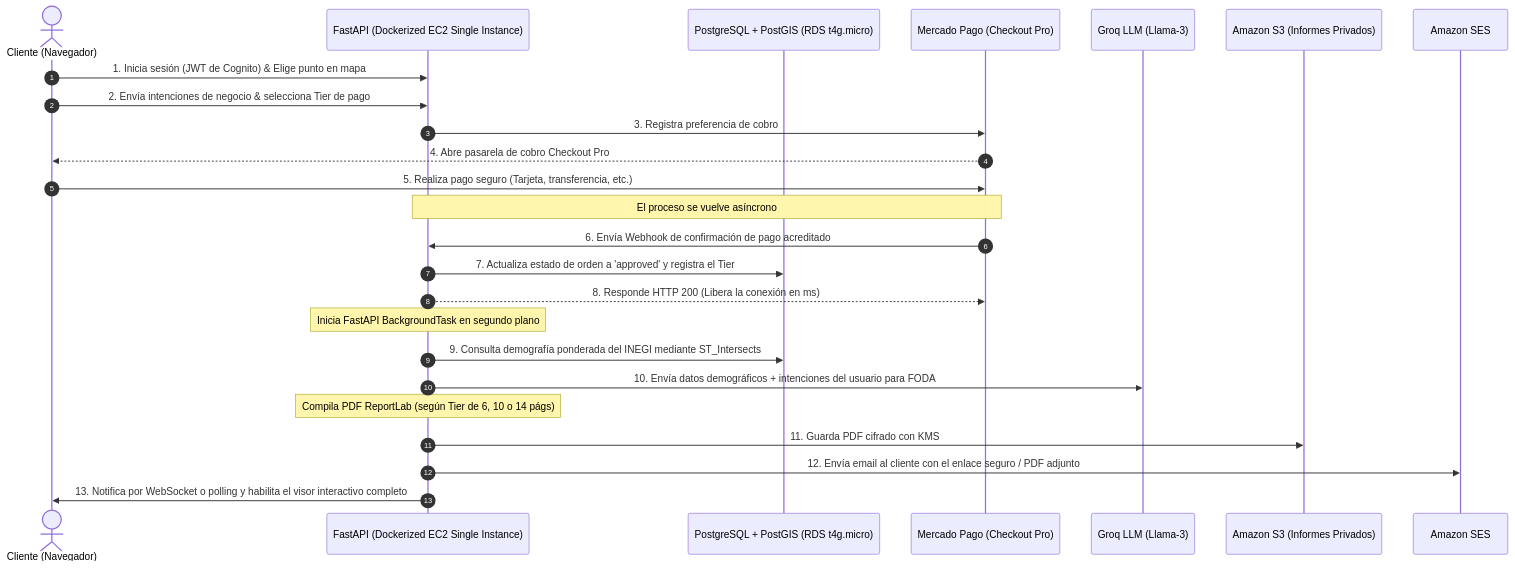
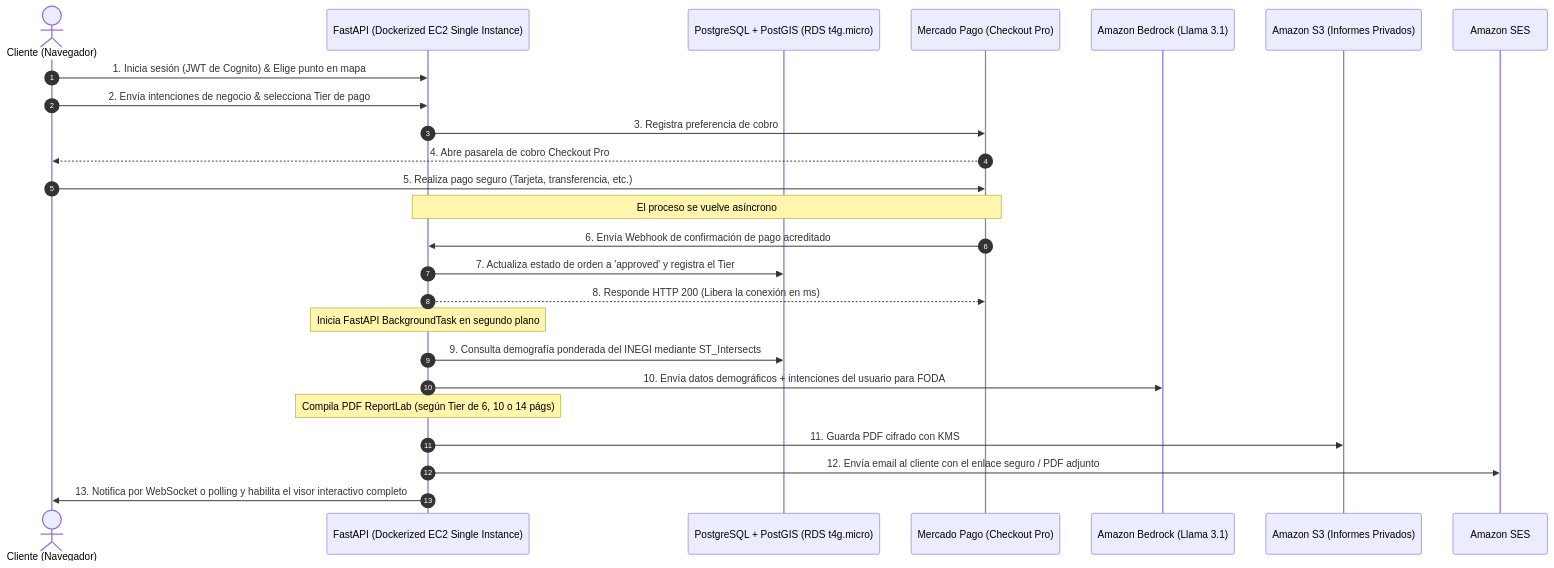
Before and after one commit to EmmanuelRR-data-science/viabilidad-negocios: the diagram in .kiro/specs/viabilidad-comercial/rfc-viabilidad-comercial.md, drawn with Mermaid. The commit also changed other lines of this file and 35 other files, not shown here.

````diff
--- a/.kiro/specs/viabilidad-comercial/rfc-viabilidad-comercial.md
+++ b/.kiro/specs/viabilidad-comercial/rfc-viabilidad-comercial.md
@@ -160,28 +161,28 @@
 ```mermaid
 sequenceDiagram
     autonumber
     actor Cliente as Cliente (Navegador)
     participant API as FastAPI (Dockerized EC2 Single Instance)
     participant DB as PostgreSQL + PostGIS (RDS t4g.micro)
     participant MP as Mercado Pago (Checkout Pro)
-    participant LLM as Groq LLM (Llama-3)
+    participant LLM as Amazon Bedrock (Llama 3.1)
     participant S3 as Amazon S3 (Informes Privados)
     participant SES as Amazon SES
 
     Cliente->>API: 1. Inicia sesión (JWT de Cognito) & Elige punto en mapa
     Cliente->>API: 2. Envía intenciones de negocio & selecciona Tier de pago
     API->>MP: 3. Registra preferencia de cobro
     MP-->>Cliente: 4. Abre pasarela de cobro Checkout Pro
     Cliente->>MP: 5. Realiza pago seguro (Tarjeta, transferencia, etc.)
     Note over MP, API: El proceso se vuelve asíncrono
     MP->>API: 6. Envía Webhook de confirmación de pago acreditado
     API->>DB: 7. Actualiza estado de orden a 'approved' y registra el Tier
     API-->>MP: 8. Responde HTTP 200 (Libera la conexión en ms)
     Note over API: Inicia FastAPI BackgroundTask en segundo plano
     API->>DB: 9. Consulta demografía ponderada del INEGI mediante ST_Intersects
     API->>LLM: 10. Envía datos demográficos + intenciones del usuario para FODA
     Note over API: Compila PDF ReportLab (según Tier de 6, 10 o 14 págs)
     API->>S3: 11. Guarda PDF cifrado con KMS
     API->>SES: 12. Envía email al cliente con el enlace seguro / PDF adjunto
     API->>Cliente: 13. Notifica por WebSocket o polling y habilita el visor interactivo completo
 ```
````
